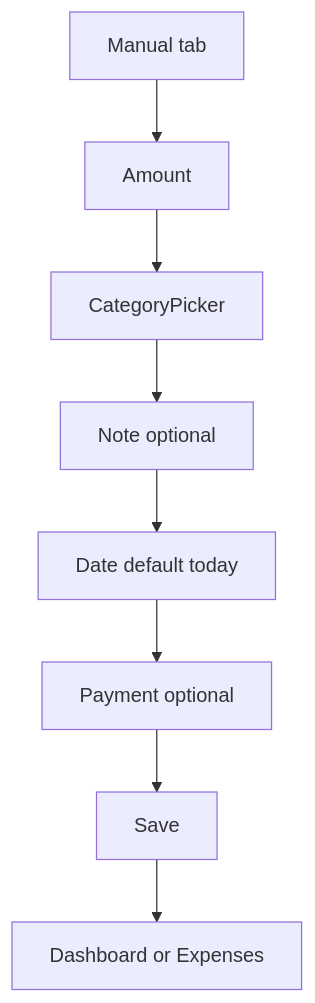
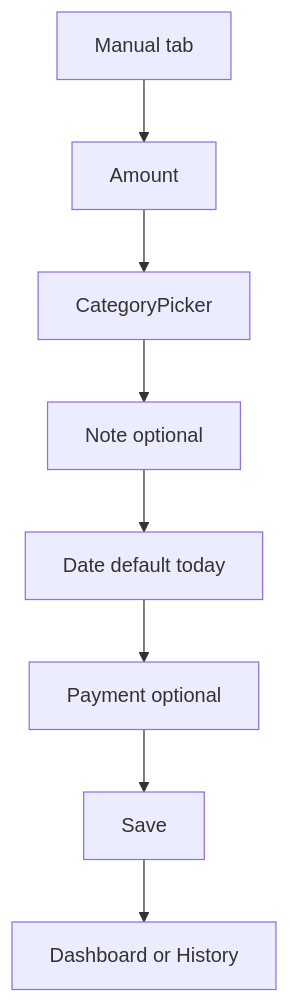
The third of 4 diagrams in docs/planning-design.md (MushfiqMoon/PoysaPath), drawn with Mermaid before and after one commit. The commit also changed other lines of this file and 86 other files, not shown here.

````diff
--- a/docs/planning-design.md
+++ b/docs/planning-design.md
@@ -81,10 +171,19 @@
 ```mermaid
+
 flowchart TD
+
     manual[Manual tab] --> amount[Amount]
+
     amount --> category[CategoryPicker]
+
     category --> note[Note optional]
+
     note --> date[Date default today]
+
     date --> payment[Payment optional]
+
     payment --> save[Save]
-    save --> done[Dashboard or Expenses]
+
+    save --> done[Dashboard or History]
+
 ```
````
